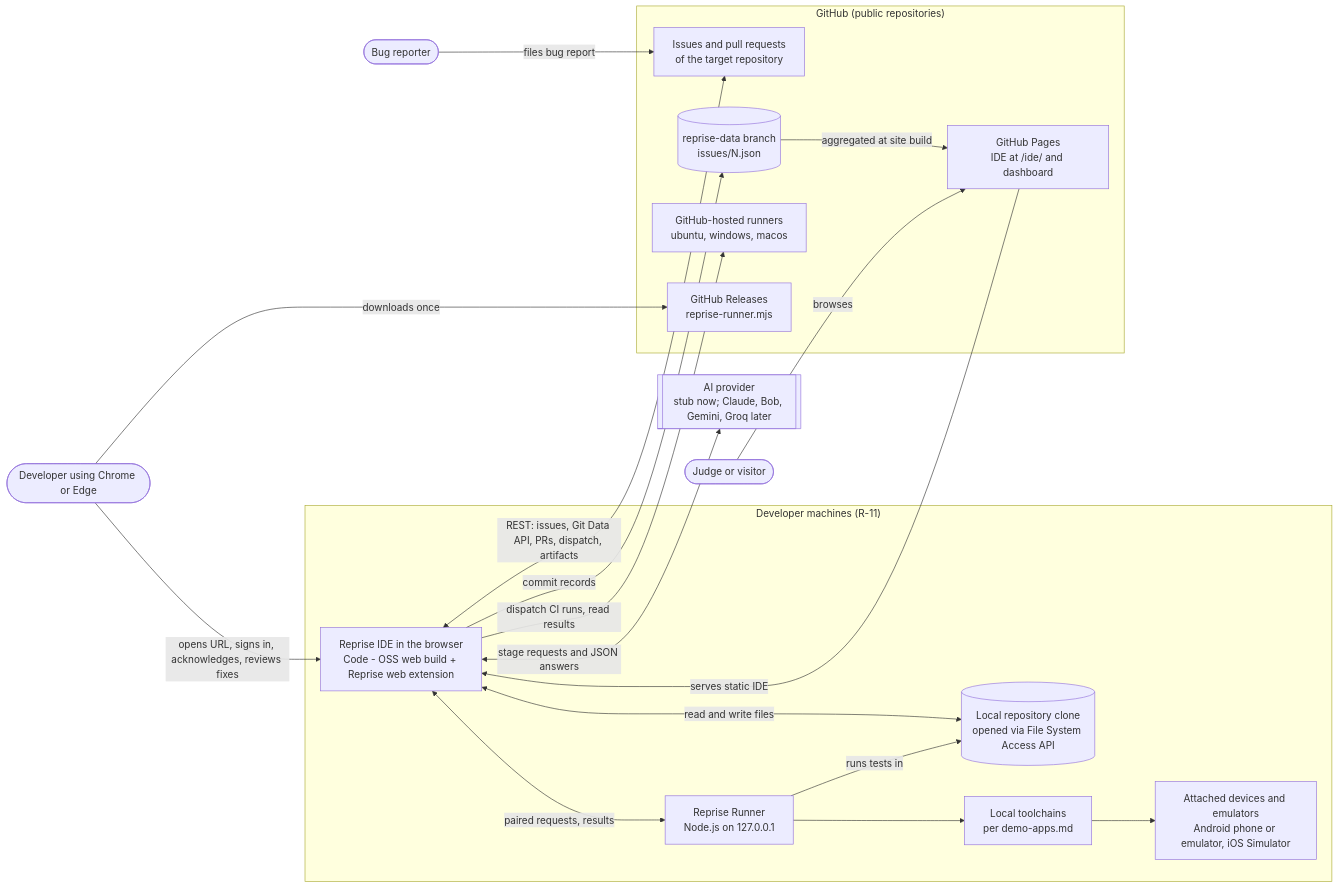
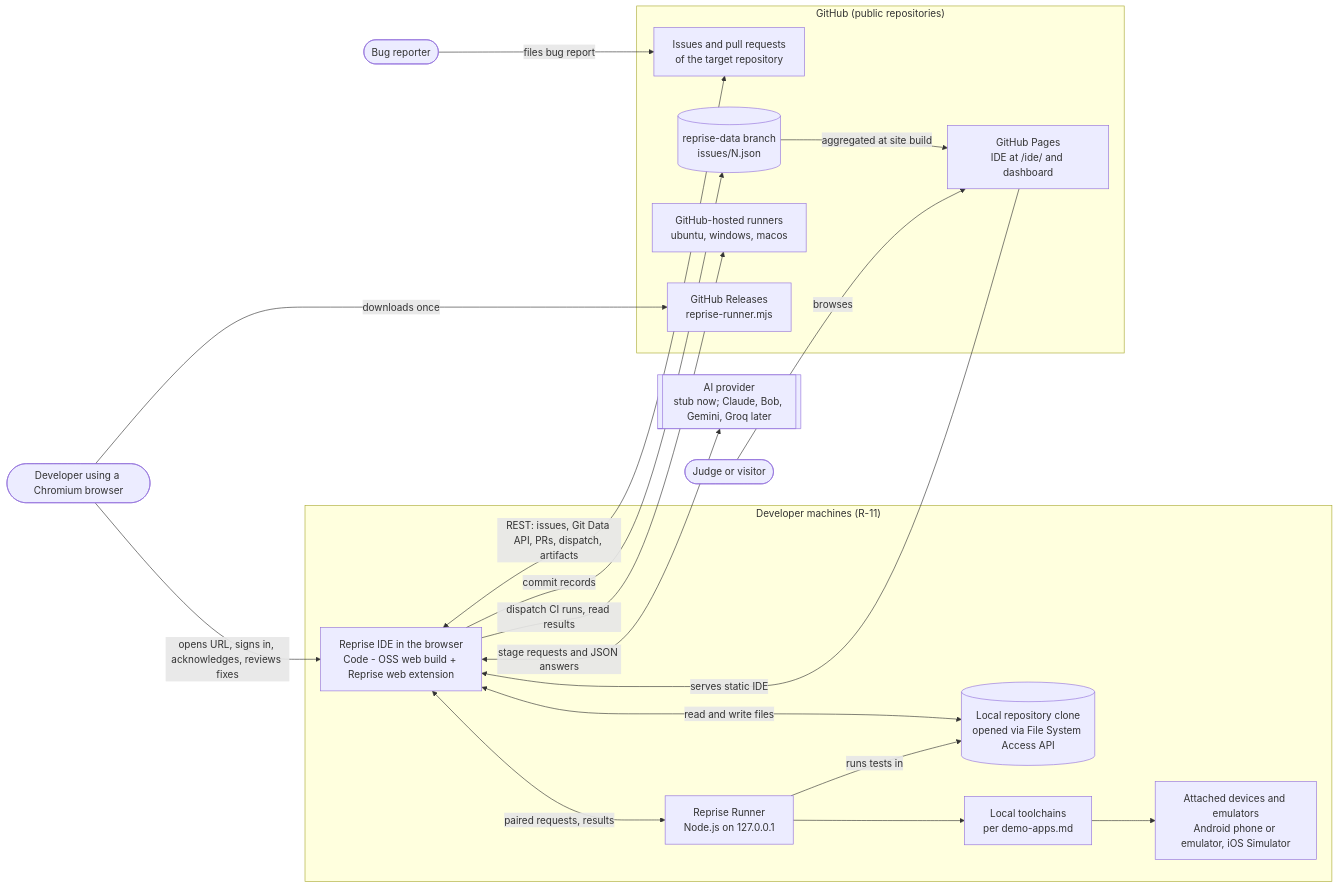
The diagram in docs/kit/01-architecture/diagrams/system-context.mmd (karlphoenixcornilla/ibm-hackathon-2026), drawn with Mermaid before and after one commit. The commit also changed 17 other files, not shown here.

```diff
--- a/docs/kit/01-architecture/diagrams/system-context.mmd
+++ b/docs/kit/01-architecture/diagrams/system-context.mmd
@@ -1,39 +1,39 @@
 %% Reprise IDE - system context (v3, browser-based)
 flowchart LR
-    dev([Developer using Chrome or Edge])
+    dev([Developer using a Chromium browser])
     reporter([Bug reporter])
     judge([Judge or visitor])
 
     subgraph PC["Developer machines (R-11)"]
         browser["Reprise IDE in the browser<br/>Code - OSS web build + Reprise web extension"]
         folder[("Local repository clone<br/>opened via File System Access API")]
         runner["Reprise Runner<br/>Node.js on 127.0.0.1"]
         devices["Attached devices and emulators<br/>Android phone or emulator, iOS Simulator"]
         toolchains["Local toolchains<br/>per demo-apps.md"]
     end
 
     subgraph GH["GitHub (public repositories)"]
         issues["Issues and pull requests<br/>of the target repository"]
         data[("reprise-data branch<br/>issues/N.json")]
         runners["GitHub-hosted runners<br/>ubuntu, windows, macos"]
         releases["GitHub Releases<br/>reprise-runner.mjs"]
         pages["GitHub Pages<br/>IDE at /ide/ and dashboard"]
     end
 
     providers[["AI provider<br/>stub now; Claude, Bob, Gemini, Groq later"]]
 
     reporter -->|files bug report| issues
     dev -->|opens URL, signs in, acknowledges, reviews fixes| browser
     pages -->|serves static IDE| browser
     browser <-->|read and write files| folder
     browser <-->|paired requests, results| runner
     runner -->|runs tests in| folder
     runner --> toolchains
     toolchains --> devices
     browser <-->|REST: issues, Git Data API, PRs, dispatch, artifacts| issues
     browser -->|dispatch CI runs, read results| runners
     browser <-->|stage requests and JSON answers| providers
     browser -->|commit records| data
     data -->|aggregated at site build| pages
     judge -->|browses| pages
     dev -->|downloads once| releases
```
